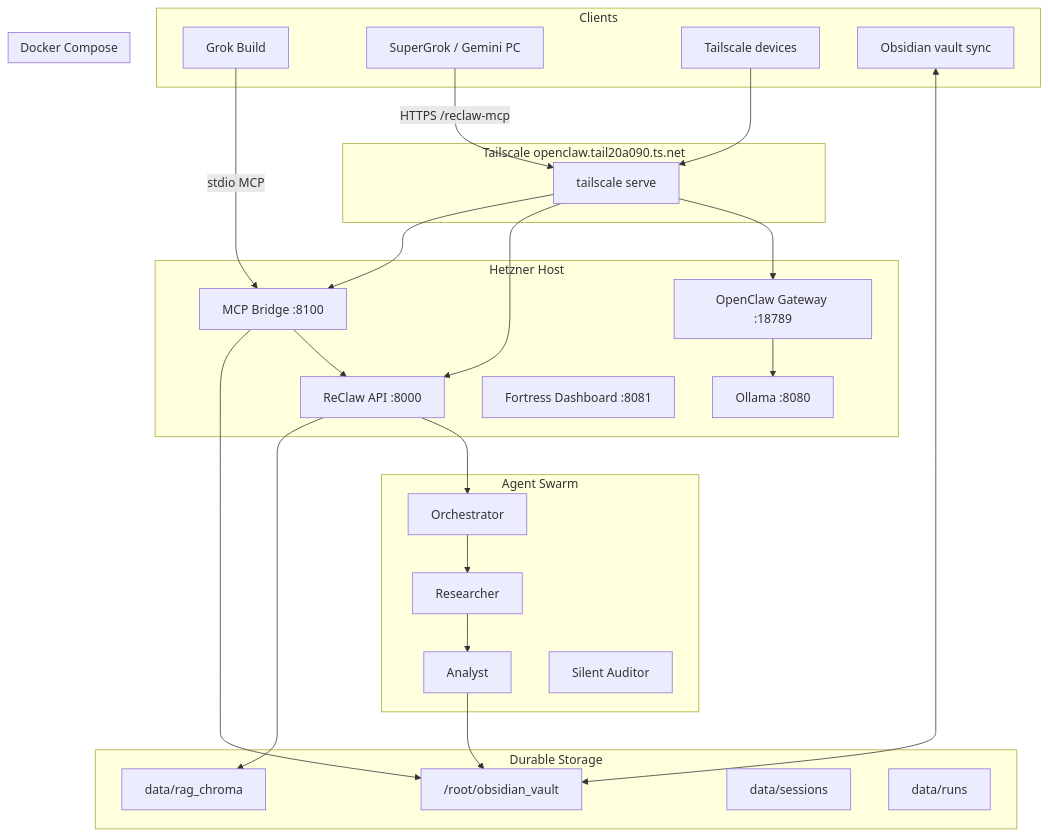
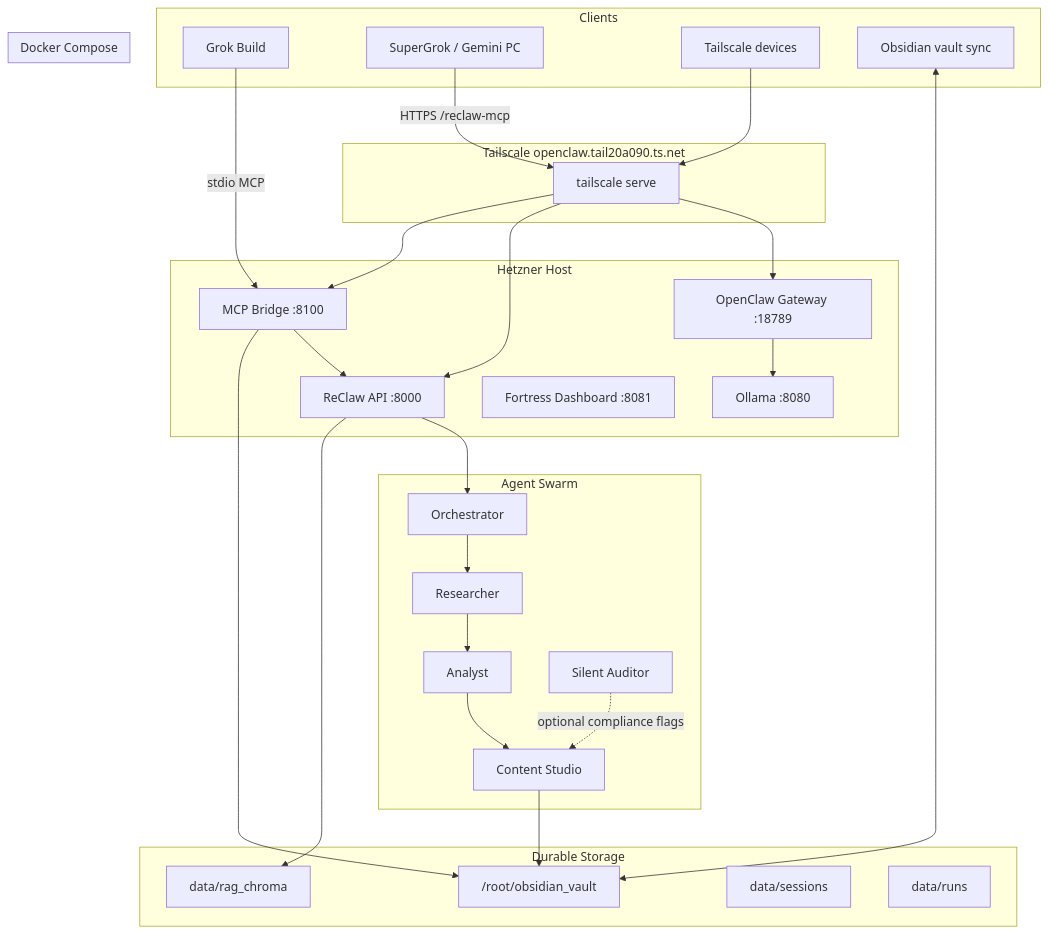
Before and after one commit to jasandroidx/ReClaw-2.0: the diagram in docs/PLATFORM-HANDBOOK.md, drawn with Mermaid. The commit also changed other lines of this file and 5 other files, not shown here.

First line of the commit message:
docs: sync handbook, README, handoffs for Content Studio pipeline

````diff
--- a/docs/PLATFORM-HANDBOOK.md
+++ b/docs/PLATFORM-HANDBOOK.md
@@ -165,57 +167,59 @@
 ```mermaid
 flowchart TB
     subgraph clients [Clients]
         GB[Grok Build]
         SG[SuperGrok / Gemini PC]
         TS[Tailscale devices]
         OBS[Obsidian vault sync]
     end
 
     subgraph tailnet [Tailscale openclaw.tail20a090.ts.net]
         TSERVE["tailscale serve"]
     end
 
     subgraph host [Hetzner Host]
         OC[OpenClaw Gateway :18789]
         API[ReClaw API :8000]
         MCP[MCP Bridge :8100]
         OLL[Ollama :8080]
         DASH[Fortress Dashboard :8081]
     end
 
     subgraph docker [Docker Compose]
         API
         DASH
         OC
     end
 
     subgraph data [Durable Storage]
         VAULT["/root/obsidian_vault"]
         RAG["data/rag_chroma"]
         SESS["data/sessions"]
         RUNS["data/runs"]
     end
 
     subgraph agents [Agent Swarm]
         ORCH[Orchestrator]
         RES[Researcher]
         ANA[Analyst]
+        CS[Content Studio]
         SA[Silent Auditor]
     end
 
     GB -->|stdio MCP| MCP
     SG -->|HTTPS /reclaw-mcp| TSERVE
     TS --> TSERVE
     TSERVE --> OC
     TSERVE --> API
     TSERVE --> MCP
 
     API --> ORCH
-    ORCH --> RES --> ANA
-    ANA --> VAULT
+    ORCH --> RES --> ANA --> CS
+    SA -.->|optional compliance flags| CS
+    CS --> VAULT
     API --> RAG
     MCP --> API
     MCP --> VAULT
     OC --> OLL
     OBS <--> VAULT
 ```
````
